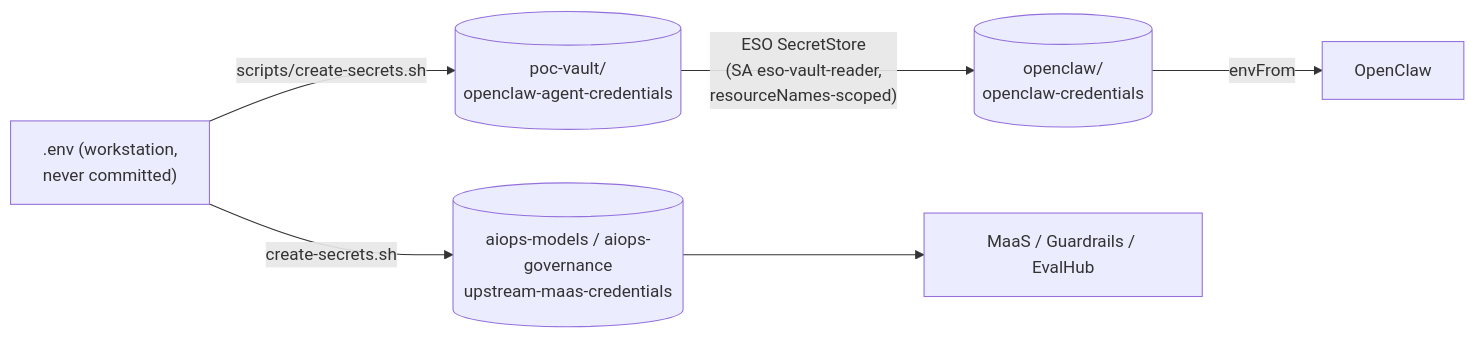
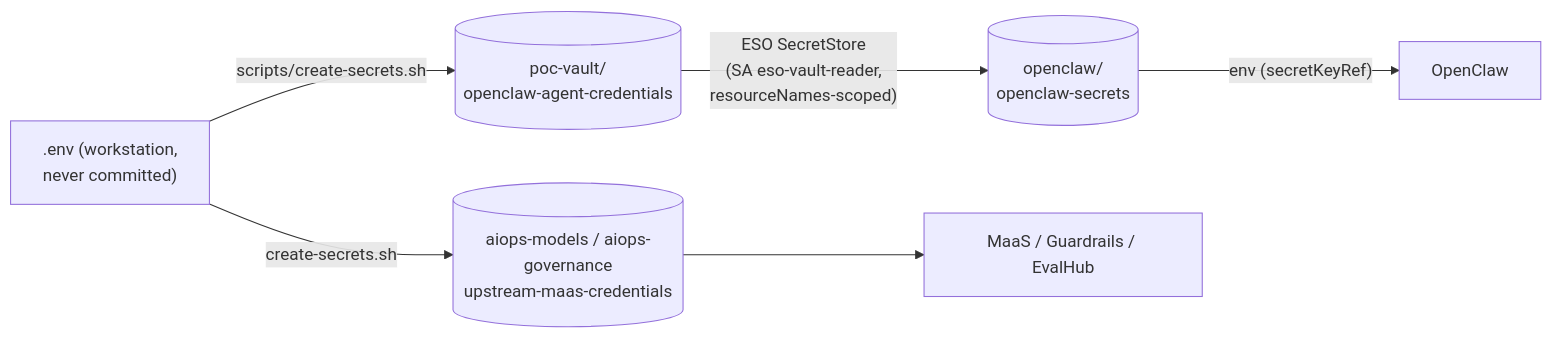
Before and after one commit to lccherri/openclaw-aiops-poc: the second of 8 diagrams in docs/architecture.md, drawn with Mermaid. The commit also changed other lines of this file and 14 other files, not shown here.

````diff
--- a/docs/architecture.md
+++ b/docs/architecture.md
@@ -94,8 +94,8 @@
 ```mermaid
 flowchart LR
     ENV[".env (workstation,<br/>never committed)"] -- scripts/create-secrets.sh --> V[("poc-vault/<br/>openclaw-agent-credentials")]
-    V -- "ESO SecretStore<br/>(SA eso-vault-reader,<br/>resourceNames-scoped)" --> S[("openclaw/<br/>openclaw-credentials")]
-    S -- envFrom --> OC[OpenClaw]
+    V -- "ESO SecretStore<br/>(SA eso-vault-reader,<br/>resourceNames-scoped)" --> S[("openclaw/<br/>openclaw-secrets")]
+    S -- "env (secretKeyRef)" --> OC[OpenClaw]
     ENV -- create-secrets.sh --> U[("aiops-models / aiops-governance<br/>upstream-maas-credentials")]
     U --> MAAS[MaaS / Guardrails / EvalHub]
 ```
````
